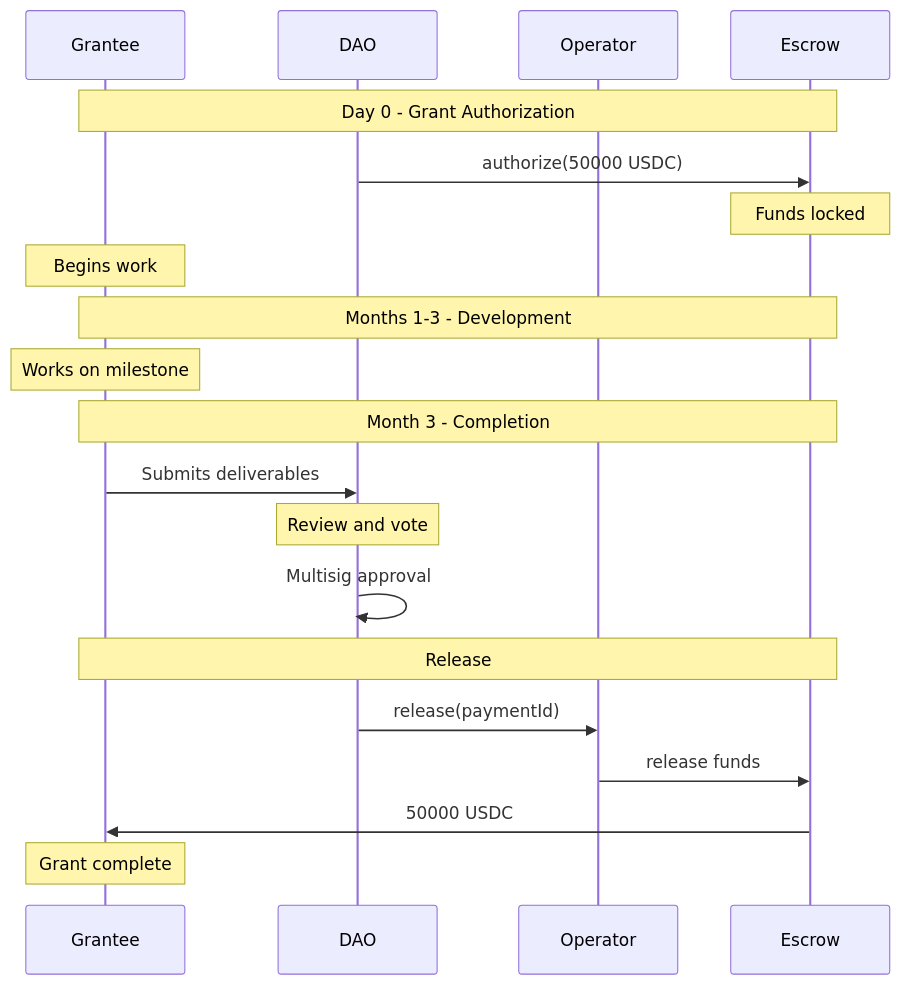
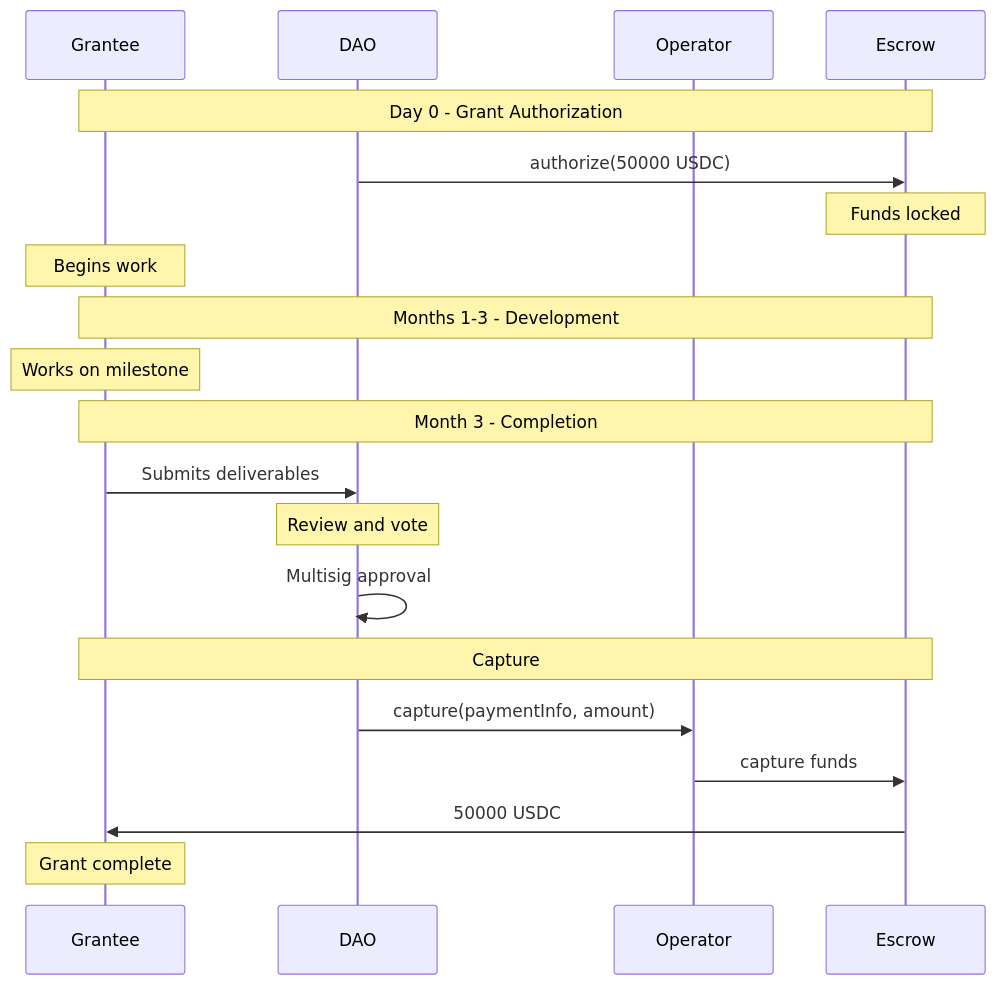
The sixth of 8 diagrams in contracts/examples.mdx (BackTrackCo/docs), drawn with Mermaid before and after one commit. The commit also changed other lines of this file and 78 other files, not shown here.

````diff
--- a/contracts/examples.mdx
+++ b/contracts/examples.mdx
@@ -546,26 +541,26 @@
 ```mermaid
 sequenceDiagram
     participant Grantee
     participant DAO
     participant Operator
     participant Escrow
 
     Note over Grantee,Escrow: Day 0 - Grant Authorization
     DAO->>Escrow: authorize(50000 USDC)
     Note over Escrow: Funds locked
     Note over Grantee: Begins work
 
     Note over Grantee,Escrow: Months 1-3 - Development
     Note over Grantee: Works on milestone
 
     Note over Grantee,Escrow: Month 3 - Completion
     Grantee->>DAO: Submits deliverables
     Note over DAO: Review and vote
     DAO->>DAO: Multisig approval
 
-    Note over Grantee,Escrow: Release
-    DAO->>Operator: release(paymentId)
-    Operator->>Escrow: release funds
+    Note over Grantee,Escrow: Capture
+    DAO->>Operator: capture(paymentInfo, amount)
+    Operator->>Escrow: capture funds
     Escrow->>Grantee: 50000 USDC
     Note over Grantee: Grant complete
 ```
````
